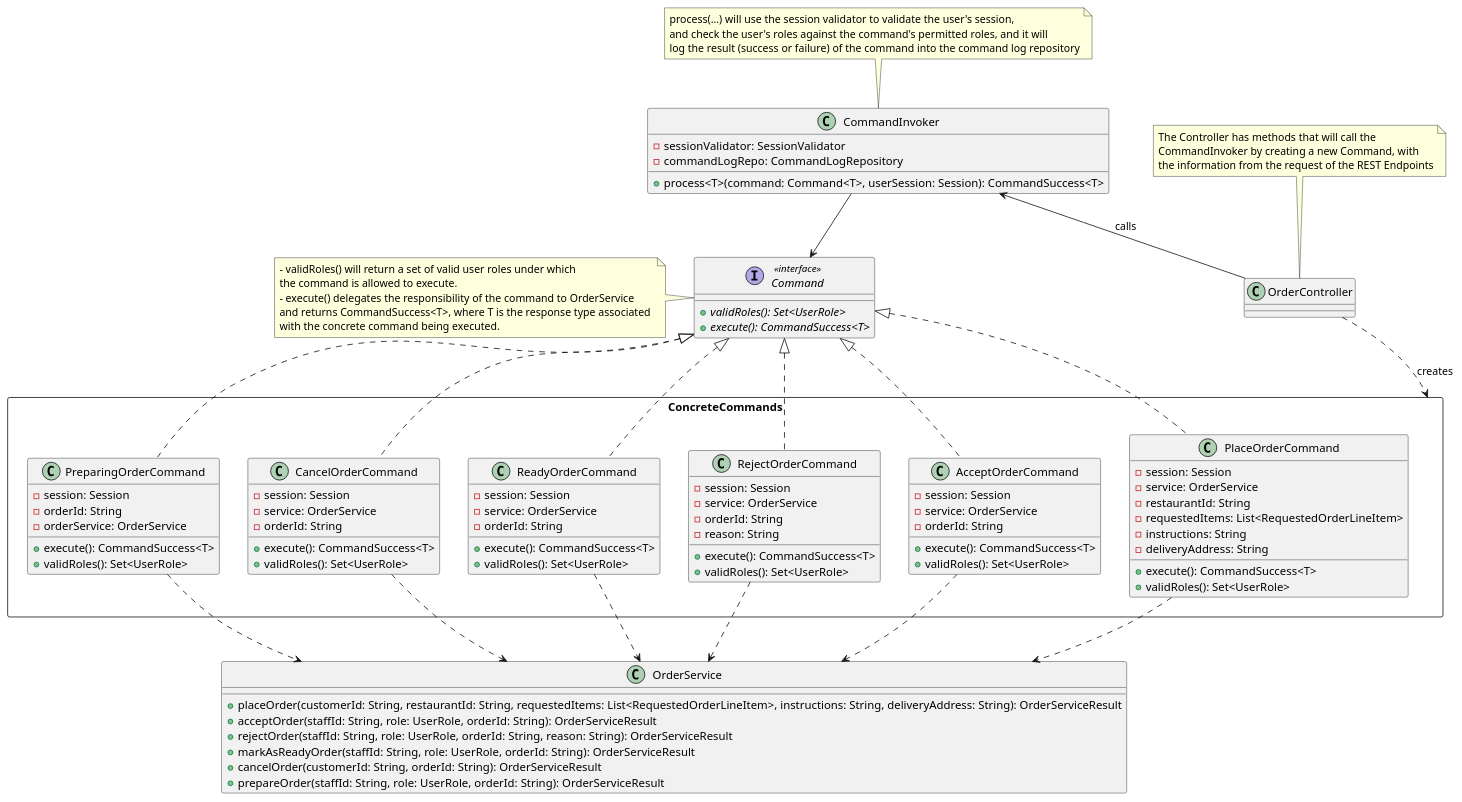
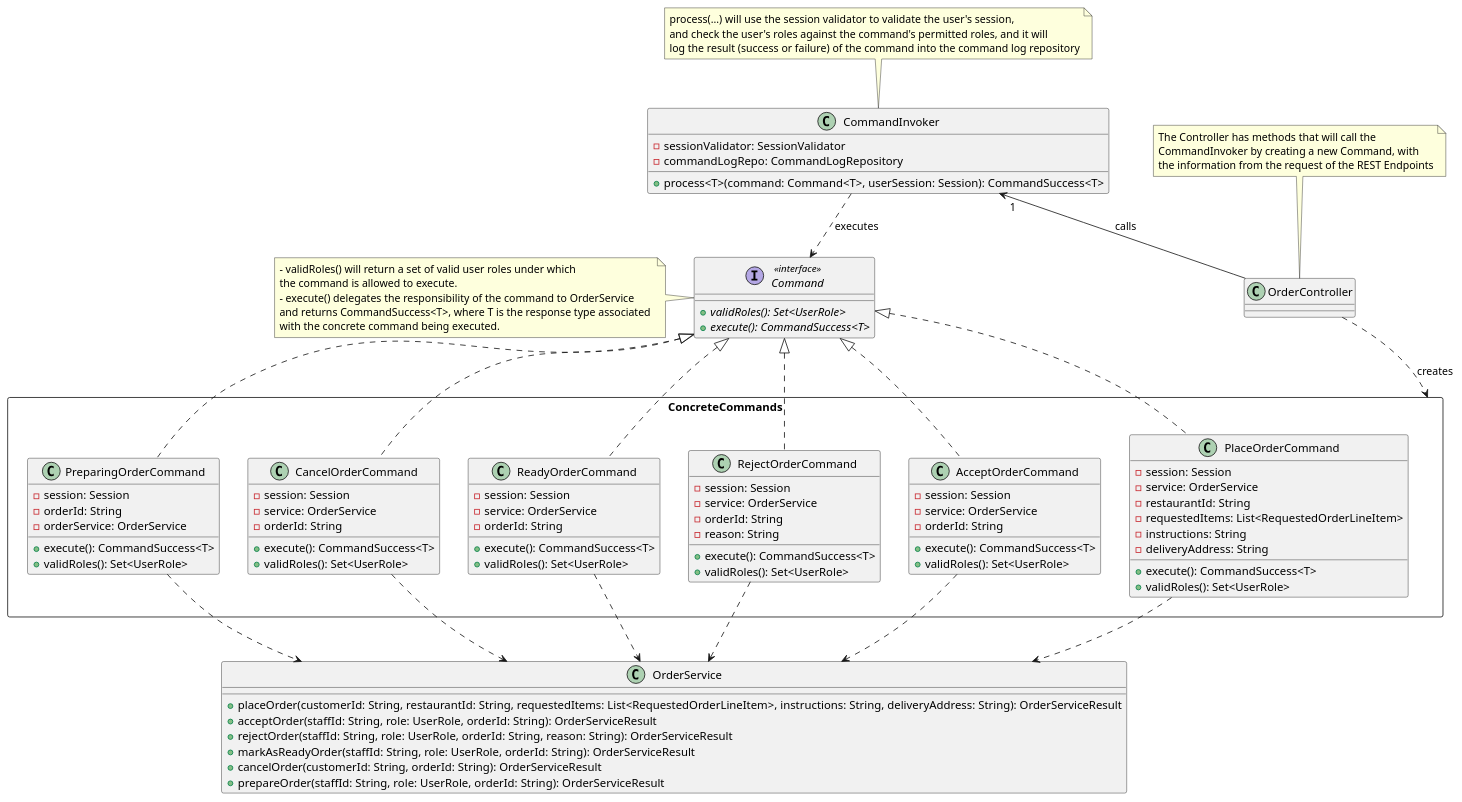
Before and after one commit to MonishKD/HelloWorldprint_HI: the diagram in diagrams/commandDP/OrderControllerVersion.puml, drawn with PlantUML. The commit also changed 3 other files, not shown here.

Commit message:
Minor Command UML Diagram modifications

```diff
--- a/diagrams/commandDP/OrderControllerVersion.puml
+++ b/diagrams/commandDP/OrderControllerVersion.puml
@@ -1,117 +1,117 @@
 @startuml OrderControllerVersionCOMMAND
 
 class OrderController {
 
 }
-CommandInvoker <-down- OrderController: calls
+CommandInvoker "1" <-down- OrderController: calls
 
 note "The Controller has methods that will call the \nCommandInvoker by creating a new Command, with \nthe information from the request of the REST Endpoints" as N1
 N1 -down- OrderController
 'Command, CommandInvoker, CommandLog
 class CommandInvoker {
     - sessionValidator: SessionValidator
     - commandLogRepo: CommandLogRepository
     + process<T>(command: Command<T>, userSession: Session): CommandSuccess<T>
 }
 note "process(...) will use the session validator to validate the user's session, \nand check the user's roles against the command's permitted roles, and it will \nlog the result (success or failure) of the command into the command log repository" as N2
 N2 -down- CommandInvoker
 
-CommandInvoker -down-> Command
+CommandInvoker .down.> Command : executes
 interface Command <<interface>> {
     + {abstract} validRoles(): Set<UserRole>
     + {abstract} execute(): CommandSuccess<T>
 }
 
 note left of Command
     - validRoles() will return a set of valid user roles under which
     the command is allowed to execute.
     - execute() delegates the responsibility of the command to OrderService
     and returns CommandSuccess<T>, where T is the response type associated 
     with the concrete command being executed.
 end note
 
 OrderController ..> ConcreteCommands : creates
 rectangle ConcreteCommands {
     class PlaceOrderCommand{
         - session: Session
         - service: OrderService
         - restaurantId: String
         - requestedItems: List<RequestedOrderLineItem>
         - instructions: String
         - deliveryAddress: String
         + execute(): CommandSuccess<T>
         + validRoles(): Set<UserRole>
     }
 
     class AcceptOrderCommand{
         - session: Session
         - service: OrderService
         - orderId: String
         + execute(): CommandSuccess<T>
         + validRoles(): Set<UserRole>
     }
 
     class RejectOrderCommand {
         - session: Session
         - service: OrderService
         - orderId: String
         - reason: String
         + execute(): CommandSuccess<T>
         + validRoles(): Set<UserRole>
     }
 
     class ReadyOrderCommand {
         - session: Session
         - service: OrderService
         - orderId: String
         + execute(): CommandSuccess<T>
         + validRoles(): Set<UserRole>
     }
 
 
     class CancelOrderCommand {
         - session: Session
         - service: OrderService
         - orderId: String
         + execute(): CommandSuccess<T>
         + validRoles(): Set<UserRole>
     }
 
     class PreparingOrderCommand{
         - session: Session
         - orderId: String
         - orderService: OrderService
         + execute(): CommandSuccess<T>
         + validRoles(): Set<UserRole>
     }
 }
 
 
 
 Command <|.. PlaceOrderCommand
 Command <|.. AcceptOrderCommand
 Command <|.. RejectOrderCommand
 Command <|.. ReadyOrderCommand
 Command <|.. CancelOrderCommand
 Command <|.. PreparingOrderCommand
 
 
 
 OrderService <.up. PlaceOrderCommand
 OrderService <.up. AcceptOrderCommand
 OrderService <.up. RejectOrderCommand
 OrderService <.up. ReadyOrderCommand
 OrderService <.up. CancelOrderCommand
 OrderService <.up. PreparingOrderCommand
 
 class OrderService {
     + placeOrder(customerId: String, restaurantId: String, requestedItems: List<RequestedOrderLineItem>, instructions: String, deliveryAddress: String): OrderServiceResult
     + acceptOrder(staffId: String, role: UserRole, orderId: String): OrderServiceResult
     + rejectOrder(staffId: String, role: UserRole, orderId: String, reason: String): OrderServiceResult
     + markAsReadyOrder(staffId: String, role: UserRole, orderId: String): OrderServiceResult
     + cancelOrder(customerId: String, orderId: String): OrderServiceResult
     + prepareOrder(staffId: String, role: UserRole, orderId: String): OrderServiceResult
 }
 
 
 @enduml
```
